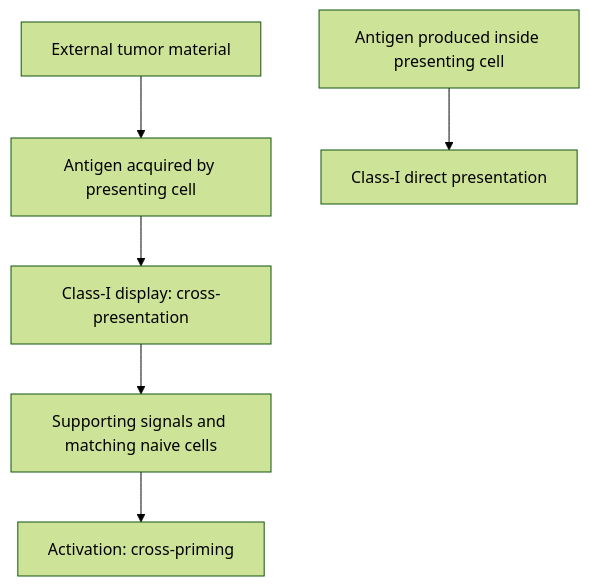
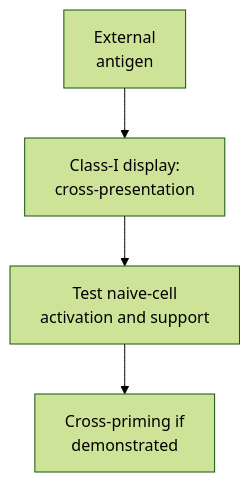
Before and after one commit to jasonLaster/oncoguide: the diagram in wiki/education/concepts/immunology/antigen-presentation/cross-presentation.md, drawn with Mermaid (forest theme). The commit also changed other lines of this file and 66 other files, not shown here.

Commit message:
content: sync antigen display and residual-tumor profiling education

````diff
--- a/wiki/education/concepts/immunology/antigen-presentation/cross-presentation.md
+++ b/wiki/education/concepts/immunology/antigen-presentation/cross-presentation.md
@@ -38,8 +38,6 @@
 ```mermaid
 flowchart TD
-  A[External tumor material] --> B[Antigen acquired by presenting cell]
-  B --> C[Class-I display: cross-presentation]
-  C --> D[Supporting signals and matching naive cells]
-  D --> E[Activation: cross-priming]
-  F[Antigen produced inside presenting cell] --> G[Class-I direct presentation]
+  A["External<br/>antigen"] --> B["Class-I display:<br/>cross-presentation"]
+  B --> C["Test naive-cell<br/>activation and support"]
+  C --> D["Cross-priming if<br/>demonstrated"]
 ```
````
